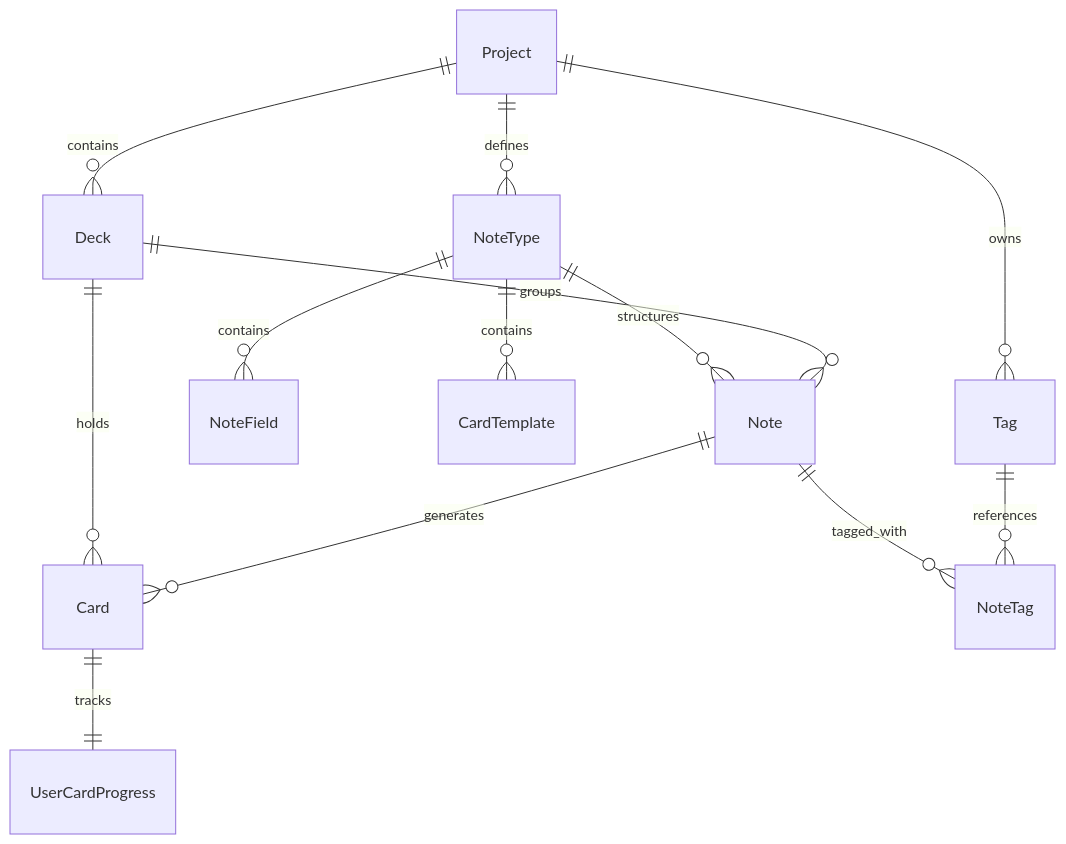
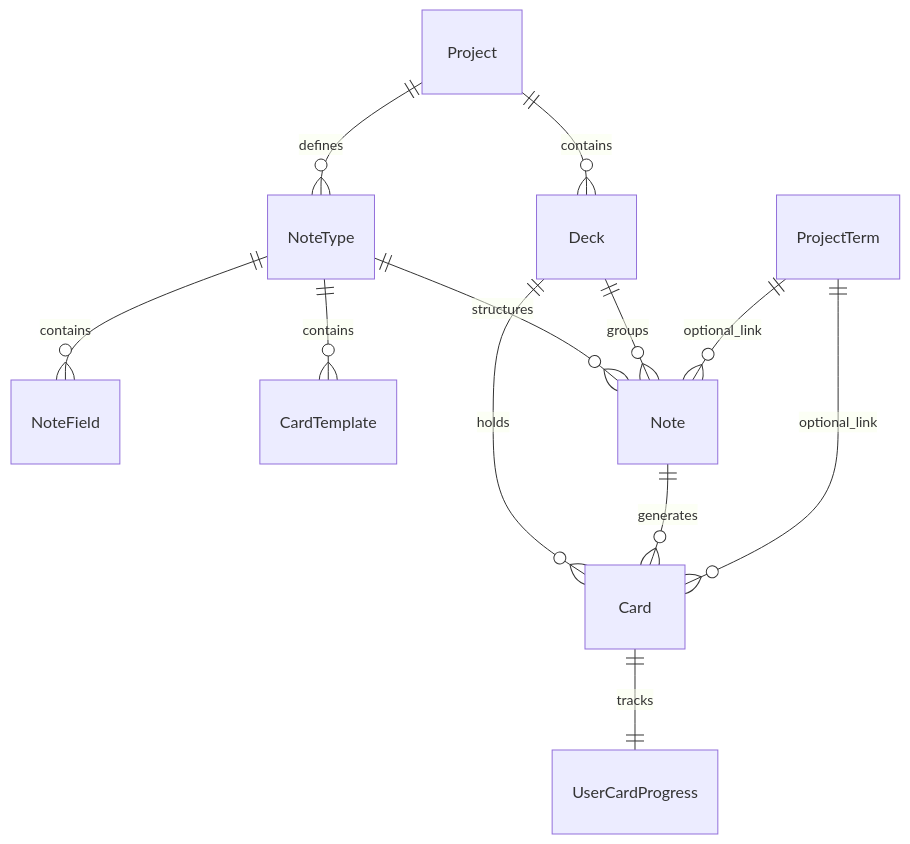
The diagram in Docs/Vocabulary Service/03 - Модель Данных/01 - Основные сущности/Entity - Ядро Словаря - Vocabulary Core.md (Kamil-Zuki/Polyraspad), drawn with Mermaid before and after one commit. The commit also changed other lines of this file and 221 other files, not shown here.

````diff
--- a/Docs/Vocabulary Service/03 - Модель Данных/01 - Основные сущности/Entity - Ядро Словаря - Vocabulary Core.md
+++ b/Docs/Vocabulary Service/03 - Модель Данных/01 - Основные сущности/Entity - Ядро Словаря - Vocabulary Core.md
@@ -169,15 +166,14 @@
 ```mermaid
 erDiagram
     Project ||--o{ Deck : contains
     Project ||--o{ NoteType : defines
-    Project ||--o{ Tag : owns
     NoteType ||--o{ NoteField : contains
     NoteType ||--o{ CardTemplate : contains
     NoteType ||--o{ Note : structures
     Deck ||--o{ Note : groups
     Deck ||--o{ Card : holds
     Note ||--o{ Card : generates
     Card ||--|| UserCardProgress : tracks
-    Note ||--o{ NoteTag : tagged_with
-    Tag ||--o{ NoteTag : references
+    ProjectTerm ||--o{ Note : optional_link
+    ProjectTerm ||--o{ Card : optional_link
 ```
````
